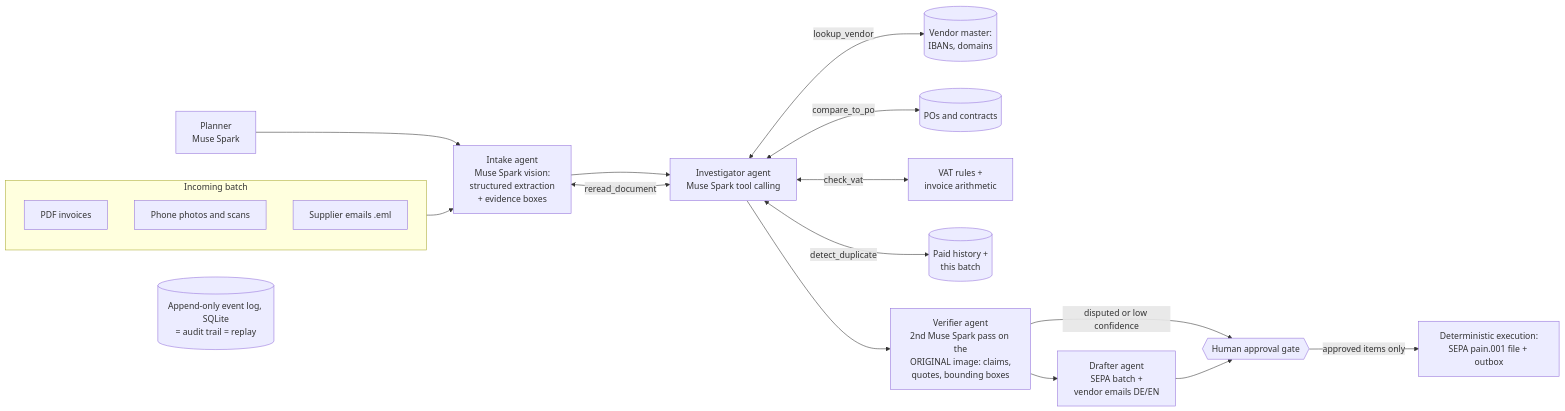
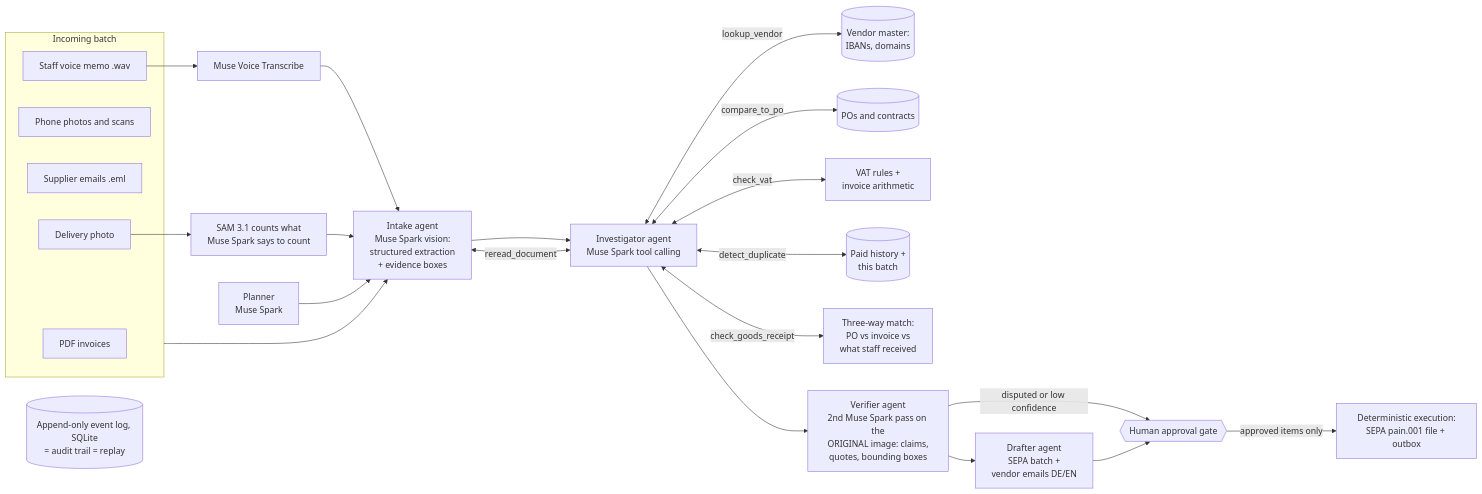
One commit to founder-sk-hub/ledgerline changed the diagram in README.md. Above: the diagram before and after it, drawn with Mermaid. The commit also changed other lines of this file and 52 other files, not shown here.

Commit message:
Voice memos (Muse Voice Transcribe), delivery photo counts (SAM 3.1), three-way match, local Muse Glimmer engine

````diff
--- a/README.md
+++ b/README.md
@@ -52,22 +53,29 @@
 ```mermaid
 flowchart LR
   subgraph IN[Incoming batch]
     A[PDF invoices]
     B[Phone photos and scans]
     C[Supplier emails .eml]
+    M[Staff voice memo .wav]
+    F[Delivery photo]
   end
+  M --> ASR[Muse Voice Transcribe]
+  F --> SAM[SAM 3.1 counts what<br/>Muse Spark says to count]
+  ASR --> I
+  SAM --> I
   P[Planner<br/>Muse Spark] --> I
   IN --> I[Intake agent<br/>Muse Spark vision:<br/>structured extraction<br/>+ evidence boxes]
   I --> INV[Investigator agent<br/>Muse Spark tool calling]
   INV <-->|lookup_vendor| T1[(Vendor master:<br/>IBANs, domains)]
   INV <-->|compare_to_po| T2[(POs and contracts)]
   INV <-->|check_vat| T3[VAT rules +<br/>invoice arithmetic]
   INV <-->|detect_duplicate| T4[(Paid history +<br/>this batch)]
+  INV <-->|check_goods_receipt| T5[Three-way match:<br/>PO vs invoice vs<br/>what staff received]
   INV <-->|reread_document| I
   INV --> V[Verifier agent<br/>2nd Muse Spark pass on the<br/>ORIGINAL image: claims,<br/>quotes, bounding boxes]
   V -->|disputed or low confidence| H
   V --> D[Drafter agent<br/>SEPA batch +<br/>vendor emails DE/EN]
   D --> H{{Human approval gate}}
   H -->|approved items only| X[Deterministic execution:<br/>SEPA pain.001 file + outbox]
   E[(Append-only event log, SQLite<br/>= audit trail = replay)]
 ```
````
